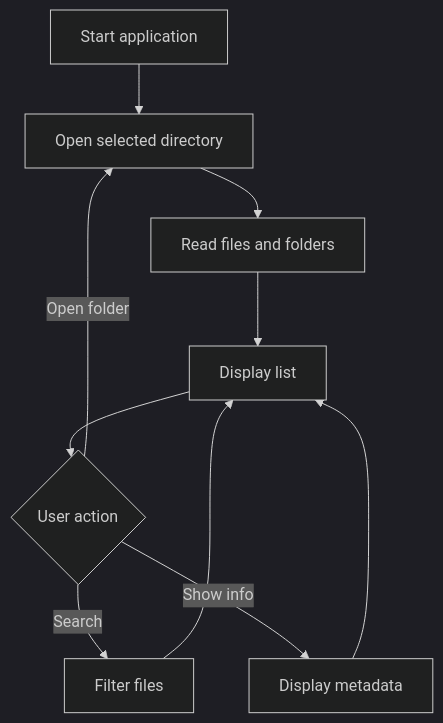
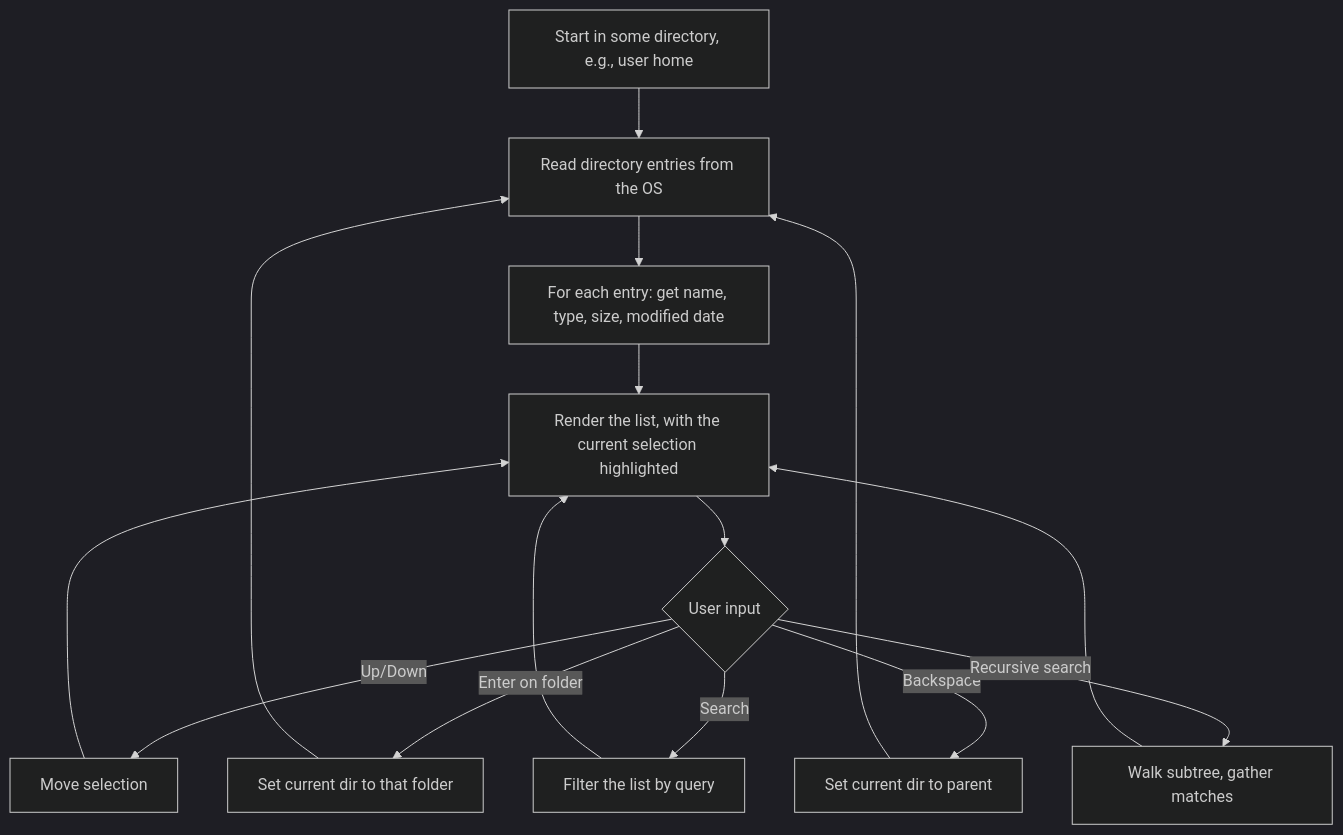
One commit to rmalkevy/Programming-Practice-Projects changed the diagram in labs/lab-11-mini-file-explorer.md. Above: the diagram before and after it, drawn with Mermaid (dark theme). The commit also changed other lines of this file and 3 other files, not shown here.

````diff
--- a/labs/lab-11-mini-file-explorer.md
+++ b/labs/lab-11-mini-file-explorer.md
@@ -35,12 +50,17 @@
 ```mermaid
 flowchart TD
-    A[Start application] --> B[Open selected directory]
-    B --> C[Read files and folders]
-    C --> D[Display list]
-    D --> E{User action}
-    E -- Open folder --> B
-    E -- Search --> F[Filter files]
-    E -- Show info --> G[Display metadata]
+    A[Start in some directory, e.g., user home] --> B[Read directory entries from the OS]
+    B --> C[For each entry: get name, type, size, modified date]
+    C --> D[Render the list, with the current selection highlighted]
+    D --> E{User input}
+    E -- Up/Down --> F[Move selection]
+    E -- Enter on folder --> G[Set current dir to that folder]
+    E -- Backspace --> H[Set current dir to parent]
+    E -- Search --> I[Filter the list by query]
+    E -- Recursive search --> J[Walk subtree, gather matches]
     F --> D
-    G --> D
+    G --> B
+    H --> B
+    I --> D
+    J --> D
 ```
````
